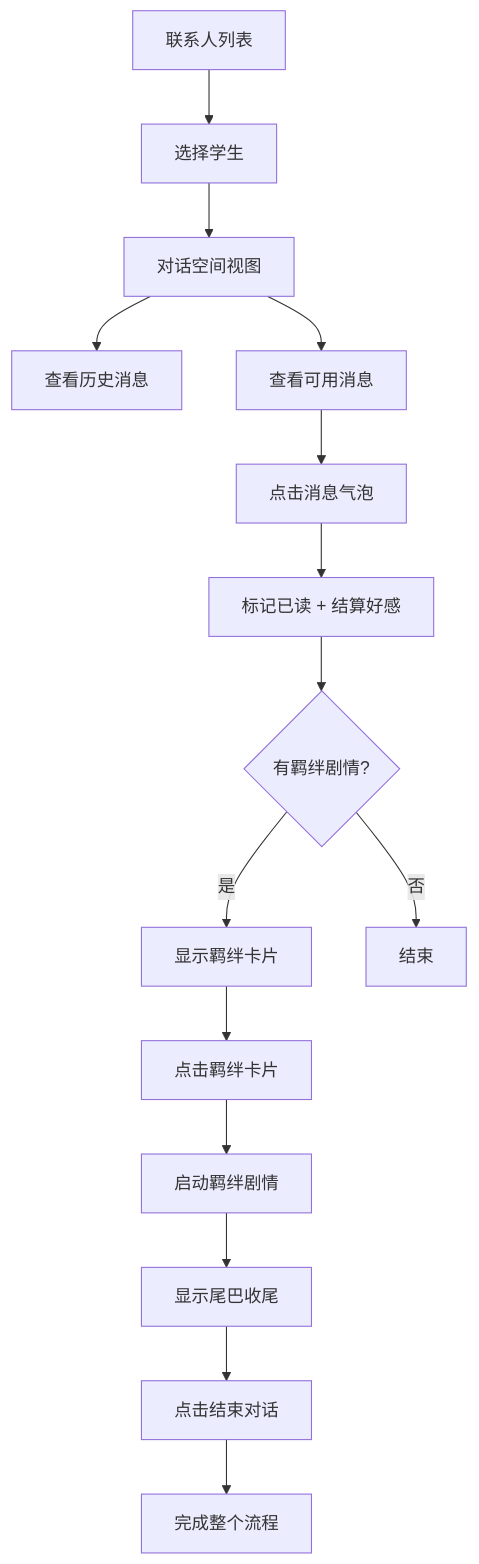
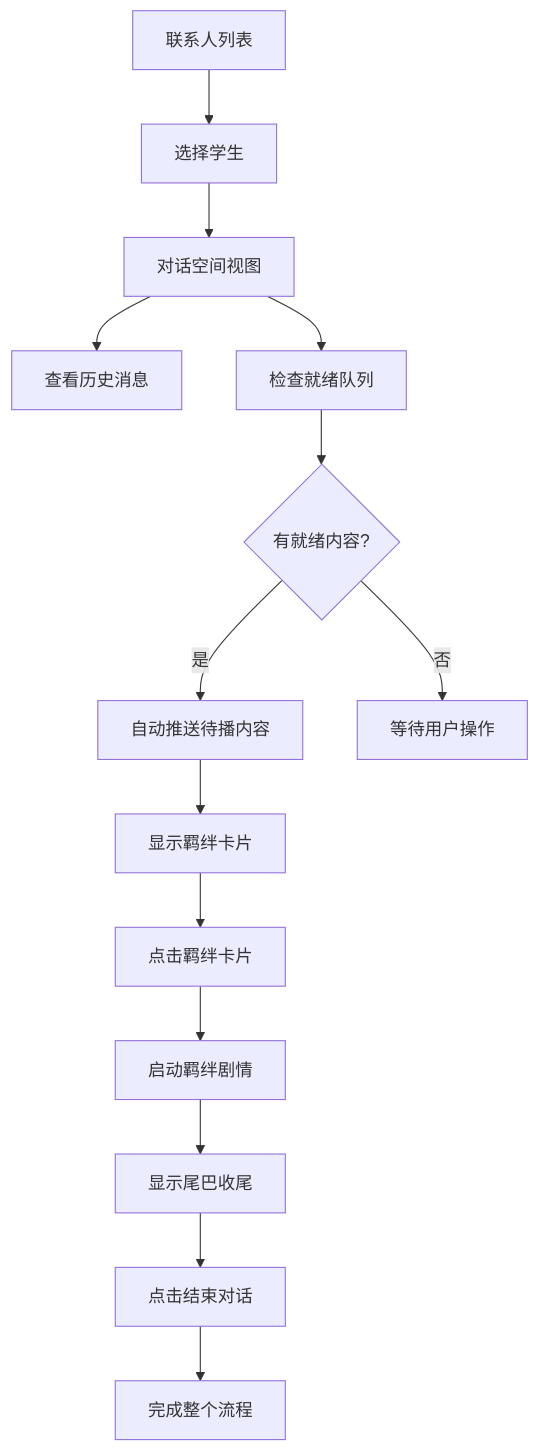
The fifth of 7 diagrams in .qoder/repowiki/zh/content/用户界面/聊天界面.md (EsiLA9/Arona-Clicker), drawn with Mermaid before and after one commit. The commit also changed other lines of this file and 176 other files, not shown here.

````diff
--- a/.qoder/repowiki/zh/content/用户界面/聊天界面.md
+++ b/.qoder/repowiki/zh/content/用户界面/聊天界面.md
@@ -282,17 +279,16 @@
 ```mermaid
 flowchart TD
 A["联系人列表"] --> B["选择学生"]
 B --> C["对话空间视图"]
 C --> D["查看历史消息"]
-C --> E["查看可用消息"]
-E --> F["点击消息气泡"]
-F --> G["标记已读 + 结算好感"]
-G --> H{"有羁绊剧情?"}
-H --> |是| I["显示羁绊卡片"]
-H --> |否| J["结束"]
-I --> K["点击羁绊卡片"]
-K --> L["启动羁绊剧情"]
-L --> M["显示尾巴收尾"]
-M --> N["点击结束对话"]
-N --> O["完成整个流程"]
+C --> E["检查就绪队列"]
+E --> F{"有就绪内容?"}
+F --> |是| G["自动推送待播内容"]
+F --> |否| H["等待用户操作"]
+G --> I["显示羁绊卡片"]
+I --> J["点击羁绊卡片"]
+J --> K["启动羁绊剧情"]
+K --> L["显示尾巴收尾"]
+L --> M["点击结束对话"]
+M --> N["完成整个流程"]
 ```
````
